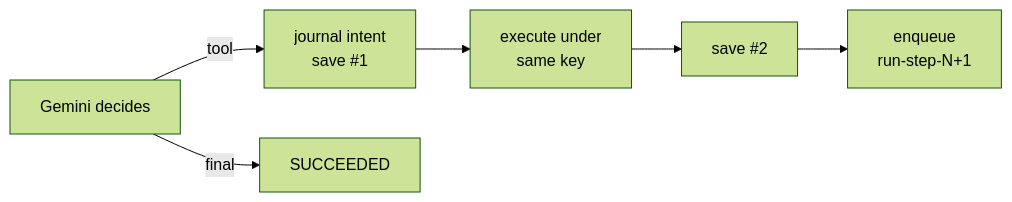
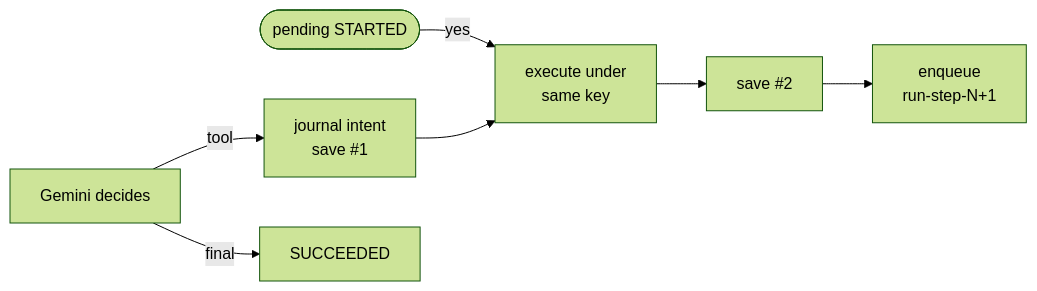
Before and after one commit to aniryou/full-stack-agentic-engineer: the third of 4 diagrams in 07-application-agent-framework/long-running-durable/PRIMER.md, drawn with Mermaid (forest theme). The commit also changed other lines of this file and 142 other files, not shown here.

````diff
--- a/07-application-agent-framework/long-running-durable/PRIMER.md
+++ b/07-application-agent-framework/long-running-durable/PRIMER.md
@@ -157,8 +157,9 @@
 ```mermaid
 flowchart LR
+  P([pending STARTED]) -- yes --> X
   M[Gemini decides] -- tool --> I[journal intent<br/>save #1]
   I --> X[execute under<br/>same key]
   X --> C[save #2]
   C --> N[enqueue<br/>run-step-N+1]
   M -- final --> D[SUCCEEDED]
 ```
````
